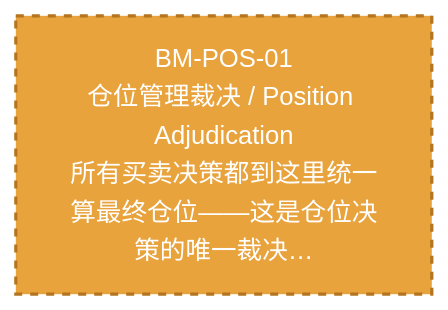
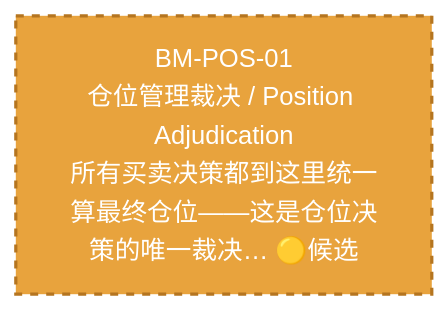
One commit to xuanFelixVan/ZephyrAlpha changed the diagram in docs/02_enterprise_architecture/07_trading_decision_architecture/battle_map/battle_map_04_position_management.md. Above: the diagram before and after it, drawn with Mermaid (forest theme). The commit also changed other lines of this file and 6 other files, not shown here.

````diff
--- a/docs/02_enterprise_architecture/07_trading_decision_architecture/battle_map/battle_map_04_position_management.md
+++ b/docs/02_enterprise_architecture/07_trading_decision_architecture/battle_map/battle_map_04_position_management.md
@@ -15,10 +15,10 @@
 ```mermaid
 %% 仓位阶段图
 flowchart LR
-    BM_POS_01["BM-POS-01\n仓位管理裁决 / Position Adjudication\n所有买卖决策都到这里统一算最终仓位——这是仓位决策的唯一裁决…"]:::design
+    BM_POS_01["BM-POS-01\n仓位管理裁决 / Position Adjudication\n所有买卖决策都到这里统一算最终仓位——这是仓位决策的唯一裁决… 🟡候选"]:::design
 classDef production fill:#4A90D9,stroke:#2C5F8A,color:#fff,stroke-width:2px;
 classDef design fill:#E8A33D,stroke:#B57520,color:#fff,stroke-width:2px,stroke-dasharray: 5 5;
 classDef deprecated fill:#D93636,stroke:#A02020,color:#fff,stroke-width:2px;
 classDef missing fill:#BBBBBB,stroke:#888888,color:#fff,stroke-width:2px;
 classDef candidate fill:#F4D03F,stroke:#B7950B,color:#000,stroke-width:2px;
 ```
````
